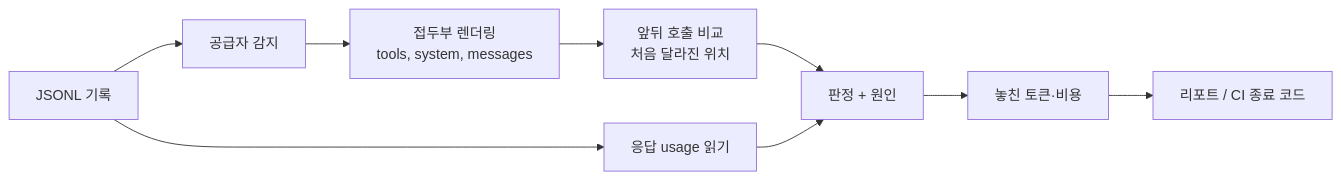
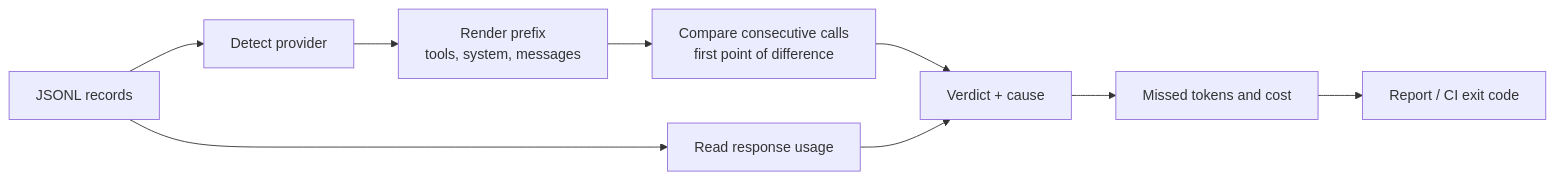
The diagram in README.md (LeeGyeongPil/cache-autopsy), drawn with Mermaid before and after one commit. The commit also changed other lines of this file and 2 other files, not shown here.

````diff
--- a/README.md
+++ b/README.md
@@ -302,11 +300,11 @@
 ```mermaid
 flowchart LR
-  A[JSONL 기록] --> B[공급자 감지]
-  B --> C[접두부 렌더링<br/>tools, system, messages]
-  C --> D[앞뒤 호출 비교<br/>처음 달라진 위치]
-  A --> E[응답 usage 읽기]
-  D --> F[판정 + 원인]
+  A["JSONL records"] --> B["Detect provider"]
+  B --> C["Render prefix<br/>tools, system, messages"]
+  C --> D["Compare consecutive calls<br/>first point of difference"]
+  A --> E["Read response usage"]
+  D --> F["Verdict + cause"]
   E --> F
-  F --> G[놓친 토큰·비용]
-  G --> H[리포트 / CI 종료 코드]
+  F --> G["Missed tokens and cost"]
+  G --> H["Report / CI exit code"]
 ```
````
